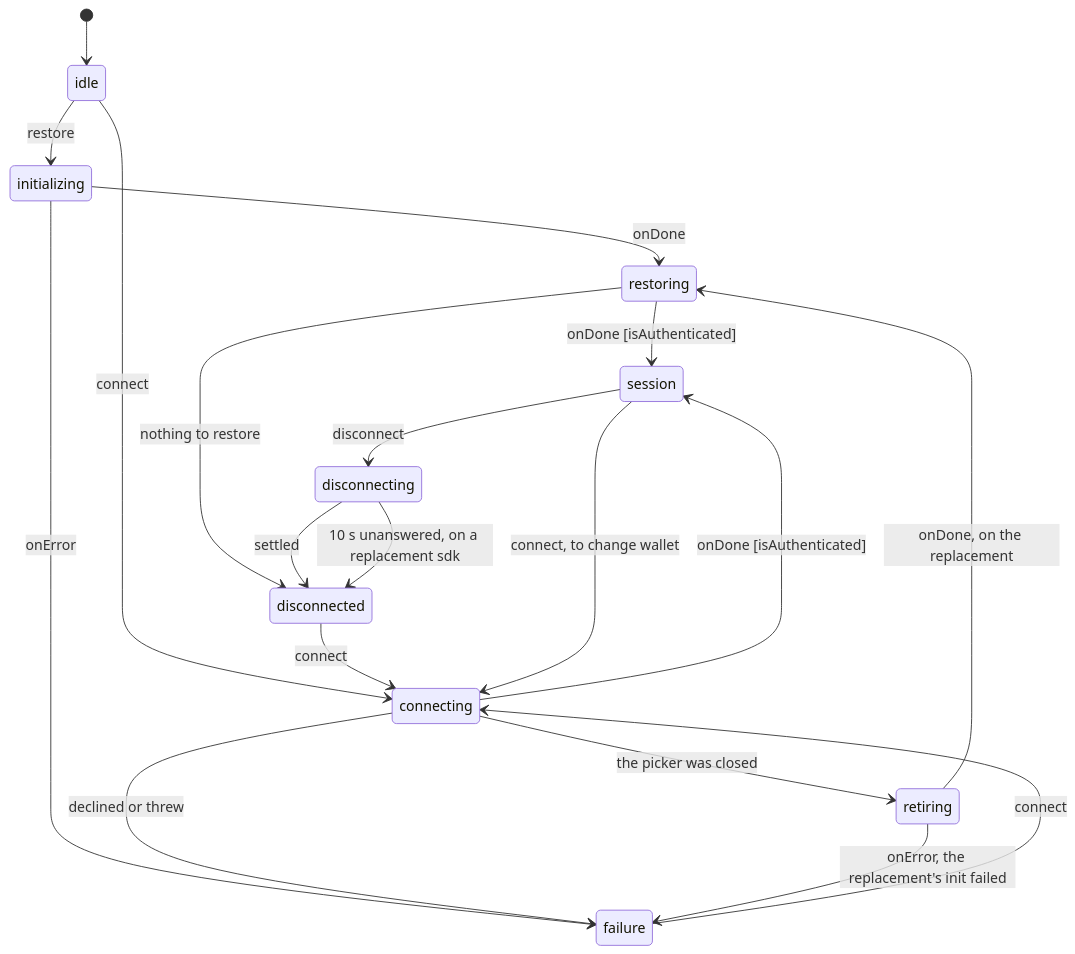
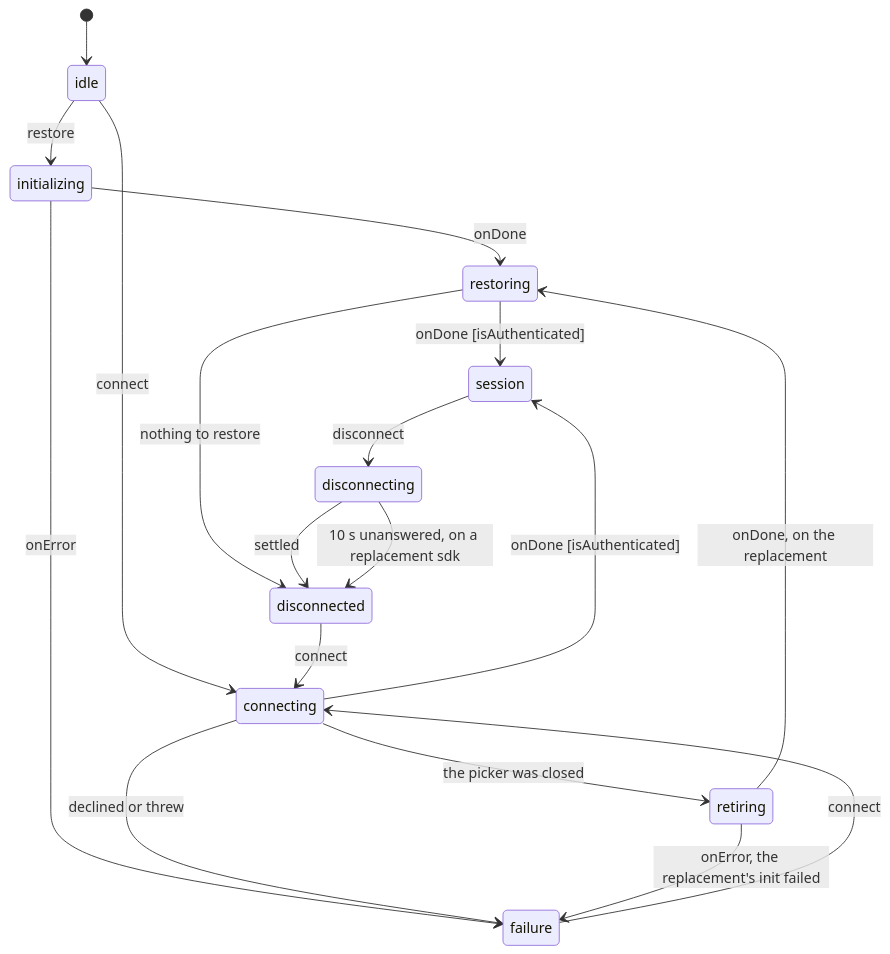
One commit to BootNodeDev/canton-dappbooster changed the first of 2 diagrams in canton-connect/architecture/connection-machine.md. Above: the diagram before and after it, drawn with Mermaid. The commit also changed other lines of this file and 2 other files, not shown here.

First line of the commit message:
fix(connect): a standing session ignores connect

````diff
--- a/canton-connect/architecture/connection-machine.md
+++ b/canton-connect/architecture/connection-machine.md
@@ -9,21 +9,20 @@
 ```mermaid
 stateDiagram-v2
     [*] --> idle
     idle --> initializing: restore
     initializing --> restoring: onDone
     initializing --> failure: onError
     restoring --> session: onDone [isAuthenticated]
     restoring --> disconnected: nothing to restore
     idle --> connecting: connect
     disconnected --> connecting: connect
     failure --> connecting: connect
-    session --> connecting: connect, to change wallet
     connecting --> session: onDone [isAuthenticated]
     connecting --> failure: declined or threw
     connecting --> retiring: the picker was closed
     retiring --> restoring: onDone, on the replacement
     retiring --> failure: onError, the replacement's init failed
     session --> disconnecting: disconnect
     disconnecting --> disconnected: settled
     disconnecting --> disconnected: 10 s unanswered, on a replacement sdk
 ```
````
